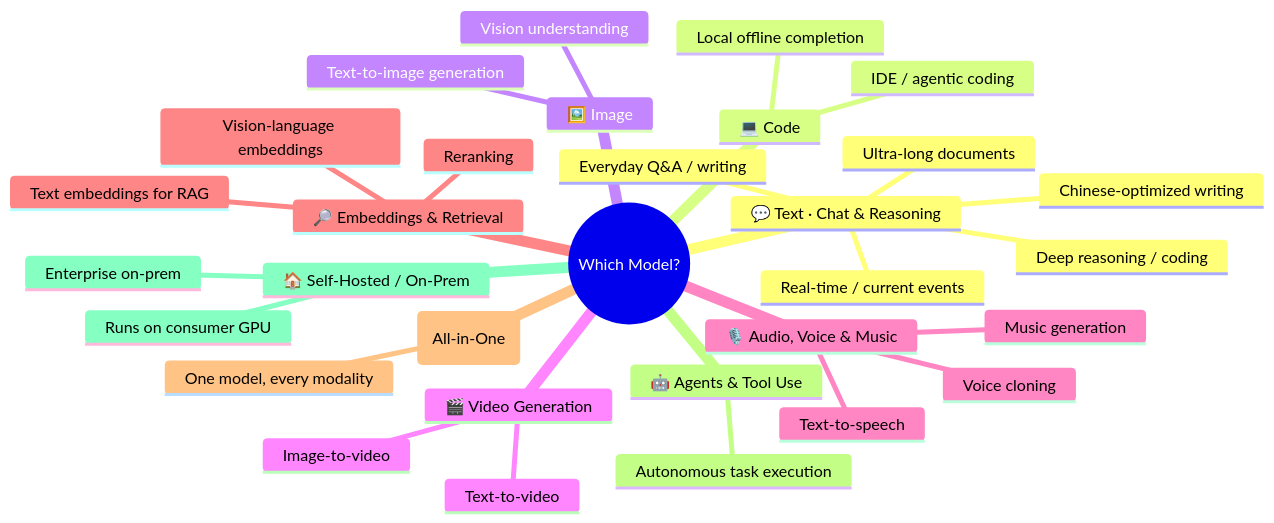
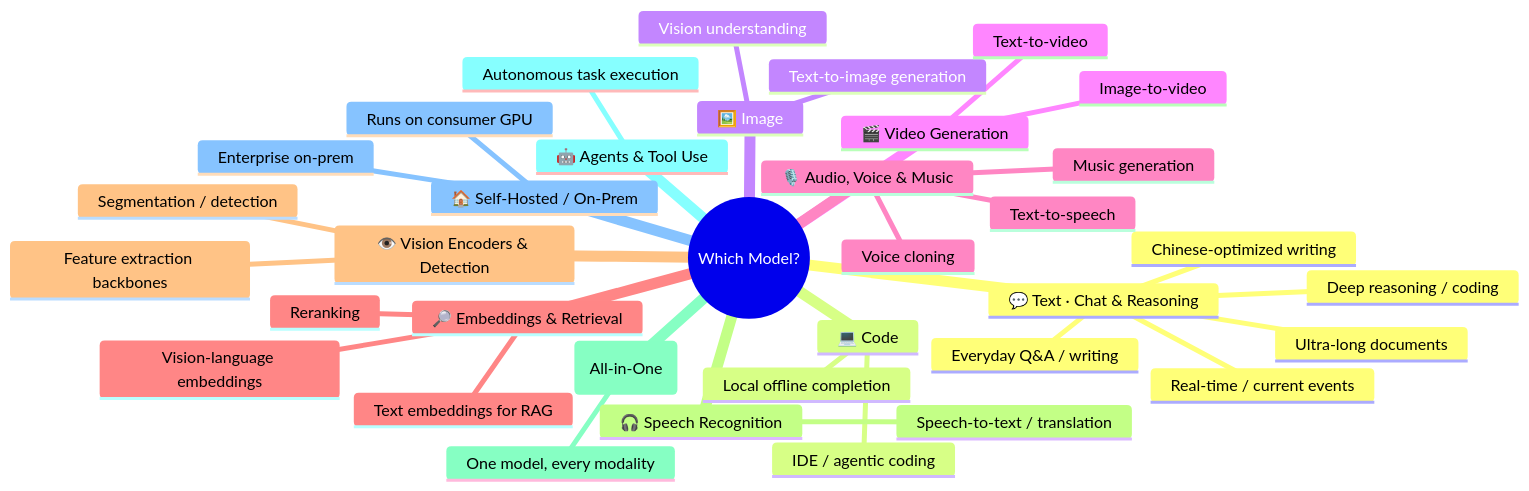
One commit to HoobenWang/awesome-llm-landscape changed the first of 3 diagrams in README.md. Above: the diagram before and after it, drawn with Mermaid. The commit also changed other lines of this file and 2 other files, not shown here.

First line of the commit message:
Add vision-encoder/detection and speech-recognition foundation models

````diff
--- a/README.md
+++ b/README.md
@@ -48,34 +50,39 @@
 ```mermaid
 mindmap
   root((Which Model?))
     💬 Text · Chat & Reasoning
       Everyday Q&A / writing
       Deep reasoning / coding
       Ultra-long documents
       Chinese-optimized writing
       Real-time / current events
     💻 Code
       IDE / agentic coding
       Local offline completion
     🖼️ Image
       Vision understanding
       Text-to-image generation
     🎬 Video Generation
       Text-to-video
       Image-to-video
     🎙️ Audio, Voice & Music
       Text-to-speech
       Voice cloning
       Music generation
     🔎 Embeddings & Retrieval
       Text embeddings for RAG
       Vision-language embeddings
       Reranking
+    👁️ Vision Encoders & Detection
+      Feature extraction backbones
+      Segmentation / detection
+    🎧 Speech Recognition
+      Speech-to-text / translation
     🧩 Omni (All-in-One)
       One model, every modality
     🤖 Agents & Tool Use
       Autonomous task execution
     🏠 Self-Hosted / On-Prem
       Runs on consumer GPU
       Enterprise on-prem
 ```
````
